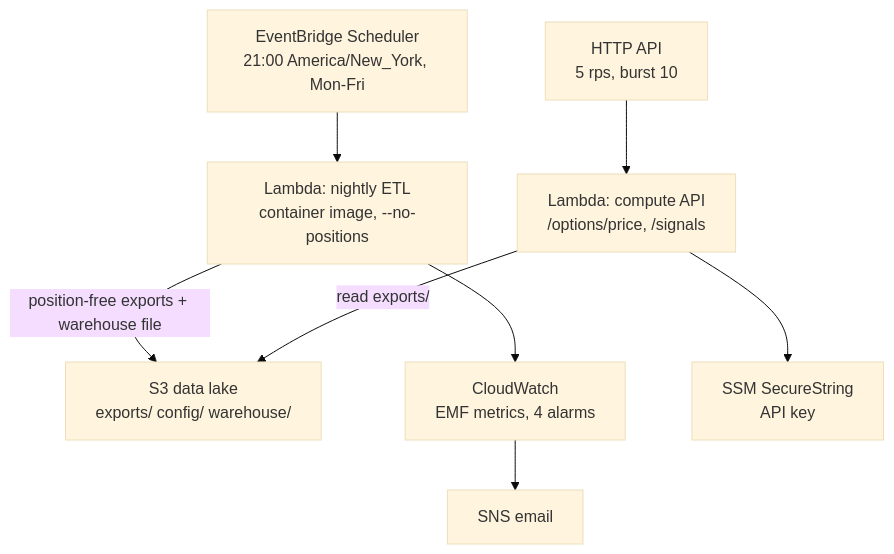
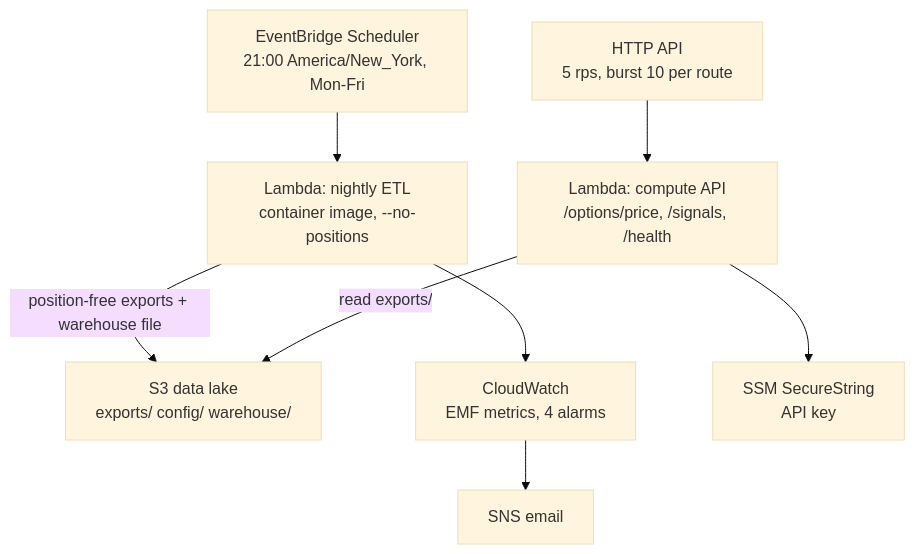
Before and after one commit to C0k11/quantai: the seventh of 8 diagrams in README.md, drawn with Mermaid (base theme). The commit also changed other lines of this file and 4 other files, not shown here.

Commit message:
feat(api): GET /health reports whether the API key is readable

````diff
--- a/README.md
+++ b/README.md
@@ -311,10 +311,10 @@
 ```mermaid
 flowchart TB
     EB["EventBridge Scheduler<br/>21:00 America/New_York, Mon-Fri"] --> ETL["Lambda: nightly ETL<br/>container image, --no-positions"]
     ETL -->|"position-free exports + warehouse file"| S3["S3 data lake<br/>exports/ config/ warehouse/"]
     ETL --> CW["CloudWatch<br/>EMF metrics, 4 alarms"]
     CW --> SNS["SNS email"]
-    GW["HTTP API<br/>5 rps, burst 10"] --> FN["Lambda: compute API<br/>/options/price, /signals"]
+    GW["HTTP API<br/>5 rps, burst 10 per route"] --> FN["Lambda: compute API<br/>/options/price, /signals, /health"]
     FN -->|"read exports/"| S3
     FN --> SSM["SSM SecureString<br/>API key"]
 ```
````
